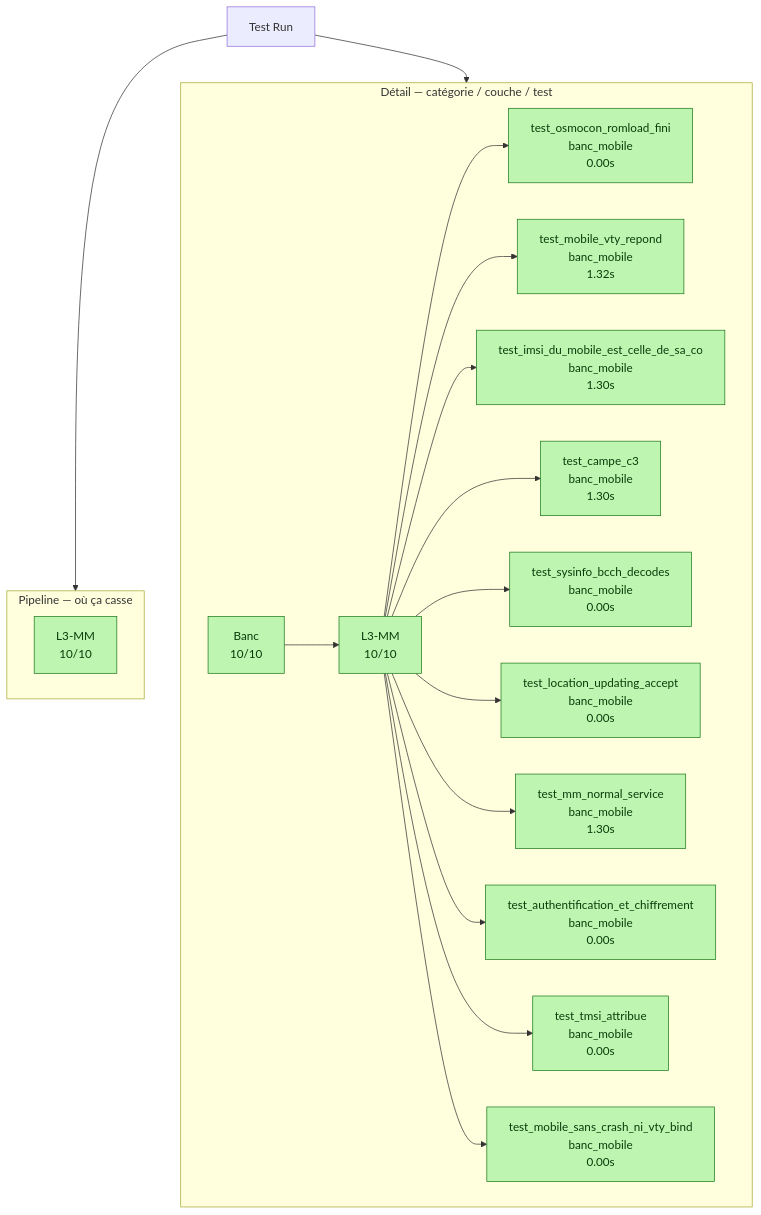
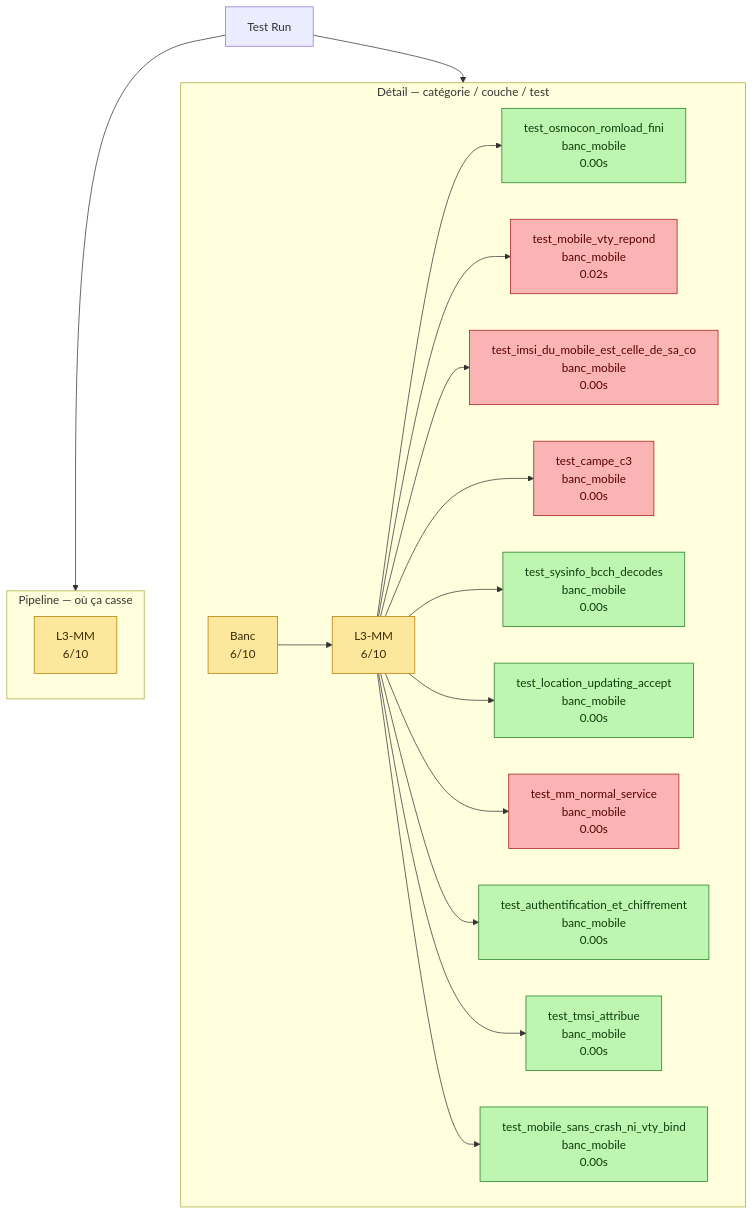
The diagram in pytest/mobile/test_results.mmd (bbaranoff/tests), drawn with Mermaid before and after one commit. The commit also changed 129 other files, not shown here.

```diff
--- a/pytest/mobile/test_results.mmd
+++ b/pytest/mobile/test_results.mmd
@@ -1,43 +1,43 @@
-%% Generated by tests/conftest.py at 2026-09-30T00:10:06
+%% Generated by tests/conftest.py at 2026-10-17T15:30:57
 graph TD
   classDef pass    fill:#bef5b1,stroke:#1f7a1f,color:#0a3d0a;
   classDef partial fill:#fde79c,stroke:#b07a00,color:#3a2c00;
   classDef fail    fill:#fbb4b4,stroke:#a31a1a,color:#5a0000;
   classDef skip    fill:#e0e0e0,stroke:#6a6a6a,color:#333;
   classDef xfail   fill:#fde79c,stroke:#b07a00,color:#3a2c00;
   classDef brk  fill:#ff5252,stroke:#990000,color:#fff,stroke-width:3px;
   ROOT[Test Run]
   subgraph PIPELINE ["Pipeline — où ça casse"]
     direction LR
-    P_L3_MM["L3-MM<br/>10/10"]
-    class P_L3_MM pass;
+    P_L3_MM["L3-MM<br/>6/10"]
+    class P_L3_MM partial;
   end
   ROOT --> PIPELINE
   subgraph DETAIL ["Détail — catégorie / couche / test"]
-    C_Banc["Banc<br/>10/10"]
-    class C_Banc pass;
-    C_Banc_L_L3_MM["L3-MM<br/>10/10"]
-    class C_Banc_L_L3_MM pass;
+    C_Banc["Banc<br/>6/10"]
+    class C_Banc partial;
+    C_Banc_L_L3_MM["L3-MM<br/>6/10"]
+    class C_Banc_L_L3_MM partial;
     C_Banc --> C_Banc_L_L3_MM
     C_Banc_L_L3_MM --> T_001_test_osmocon_romload_fini["test_osmocon_romload_fini<br/>banc_mobile<br/>0.00s"]
     class T_001_test_osmocon_romload_fini pass;
-    C_Banc_L_L3_MM --> T_002_test_mobile_vty_repond["test_mobile_vty_repond<br/>banc_mobile<br/>1.32s"]
-    class T_002_test_mobile_vty_repond pass;
-    C_Banc_L_L3_MM --> T_003_test_imsi_du_mobile_est_celle_de_sa_conf["test_imsi_du_mobile_est_celle_de_sa_co<br/>banc_mobile<br/>1.30s"]
-    class T_003_test_imsi_du_mobile_est_celle_de_sa_conf pass;
-    C_Banc_L_L3_MM --> T_004_test_campe_c3["test_campe_c3<br/>banc_mobile<br/>1.30s"]
-    class T_004_test_campe_c3 pass;
+    C_Banc_L_L3_MM --> T_002_test_mobile_vty_repond["test_mobile_vty_repond<br/>banc_mobile<br/>0.02s"]
+    class T_002_test_mobile_vty_repond fail;
+    C_Banc_L_L3_MM --> T_003_test_imsi_du_mobile_est_celle_de_sa_conf["test_imsi_du_mobile_est_celle_de_sa_co<br/>banc_mobile<br/>0.00s"]
+    class T_003_test_imsi_du_mobile_est_celle_de_sa_conf fail;
+    C_Banc_L_L3_MM --> T_004_test_campe_c3["test_campe_c3<br/>banc_mobile<br/>0.00s"]
+    class T_004_test_campe_c3 fail;
     C_Banc_L_L3_MM --> T_005_test_sysinfo_bcch_decodes["test_sysinfo_bcch_decodes<br/>banc_mobile<br/>0.00s"]
     class T_005_test_sysinfo_bcch_decodes pass;
     C_Banc_L_L3_MM --> T_006_test_location_updating_accept["test_location_updating_accept<br/>banc_mobile<br/>0.00s"]
     class T_006_test_location_updating_accept pass;
-    C_Banc_L_L3_MM --> T_007_test_mm_normal_service["test_mm_normal_service<br/>banc_mobile<br/>1.30s"]
-    class T_007_test_mm_normal_service pass;
+    C_Banc_L_L3_MM --> T_007_test_mm_normal_service["test_mm_normal_service<br/>banc_mobile<br/>0.00s"]
+    class T_007_test_mm_normal_service fail;
     C_Banc_L_L3_MM --> T_008_test_authentification_et_chiffrement["test_authentification_et_chiffrement<br/>banc_mobile<br/>0.00s"]
     class T_008_test_authentification_et_chiffrement pass;
     C_Banc_L_L3_MM --> T_009_test_tmsi_attribue["test_tmsi_attribue<br/>banc_mobile<br/>0.00s"]
     class T_009_test_tmsi_attribue pass;
     C_Banc_L_L3_MM --> T_010_test_mobile_sans_crash_ni_vty_bind["test_mobile_sans_crash_ni_vty_bind<br/>banc_mobile<br/>0.00s"]
     class T_010_test_mobile_sans_crash_ni_vty_bind pass;
   end
   ROOT --> DETAIL
```
